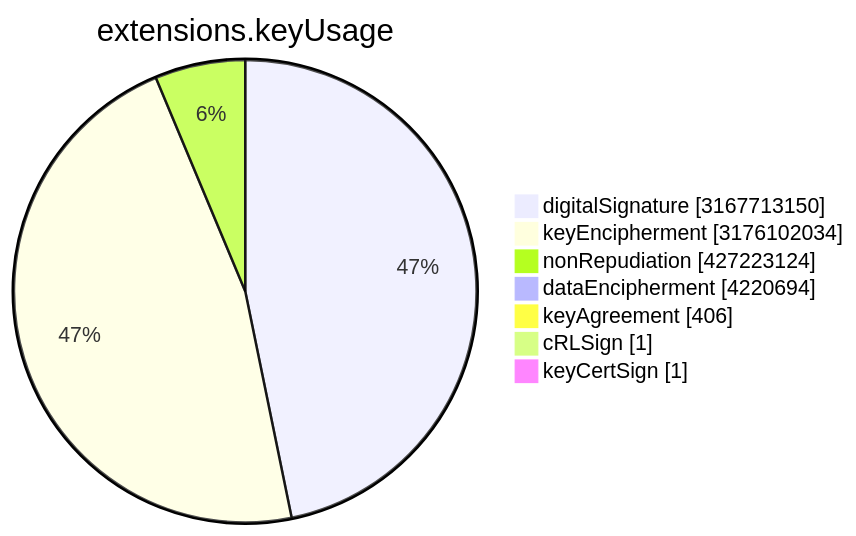
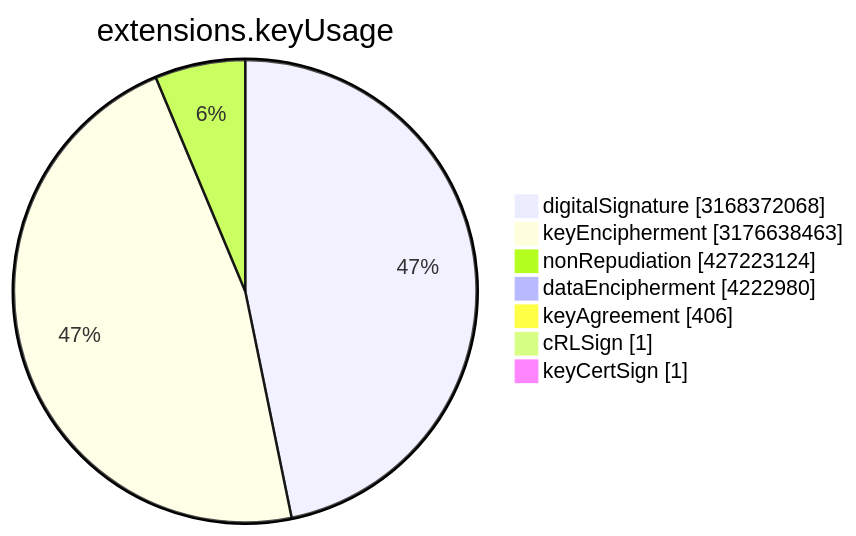
Before and after one commit to christiankrug/ctmonitor_visualization: the sixth of 15 diagrams in TOTAL/README.md, drawn with Mermaid. The commit also changed other lines of this file, not shown here.

````diff
--- a/TOTAL/README.md
+++ b/TOTAL/README.md
@@ -3077,11 +3077,11 @@
 ```mermaid
 pie showData
 title extensions.keyUsage
-"digitalSignature" :3167713150
-"keyEncipherment" :3176102034
+"digitalSignature" :3168372068
+"keyEncipherment" :3176638463
 "nonRepudiation" :427223124
-"dataEncipherment" :4220694
+"dataEncipherment" :4222980
 "keyAgreement" :406
 "cRLSign" :1
 "keyCertSign" :1
 ```
````
